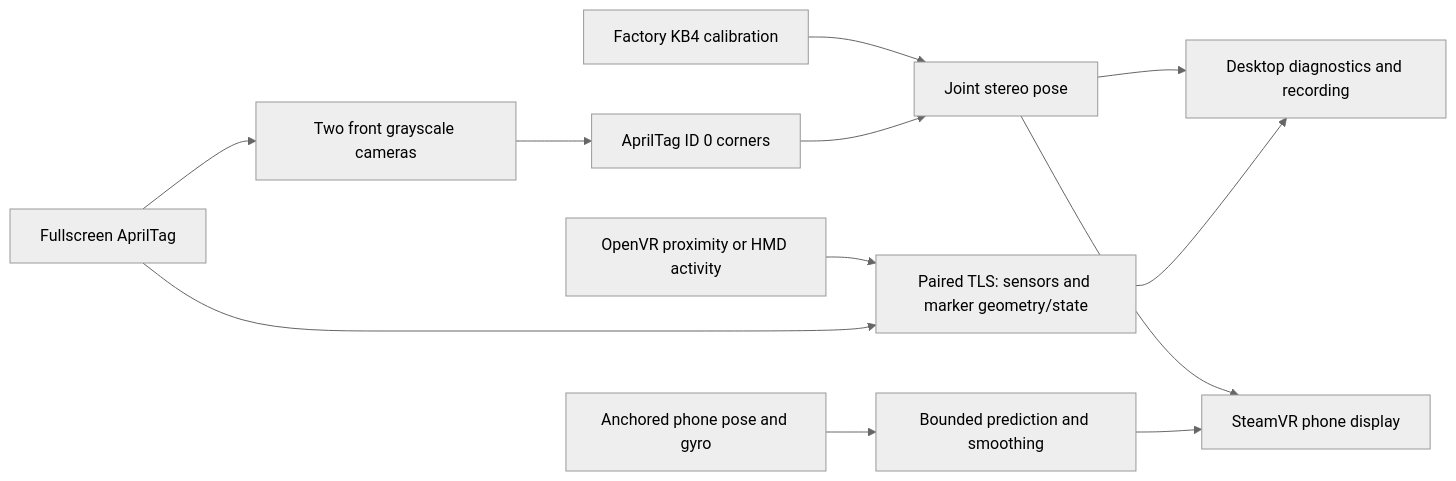
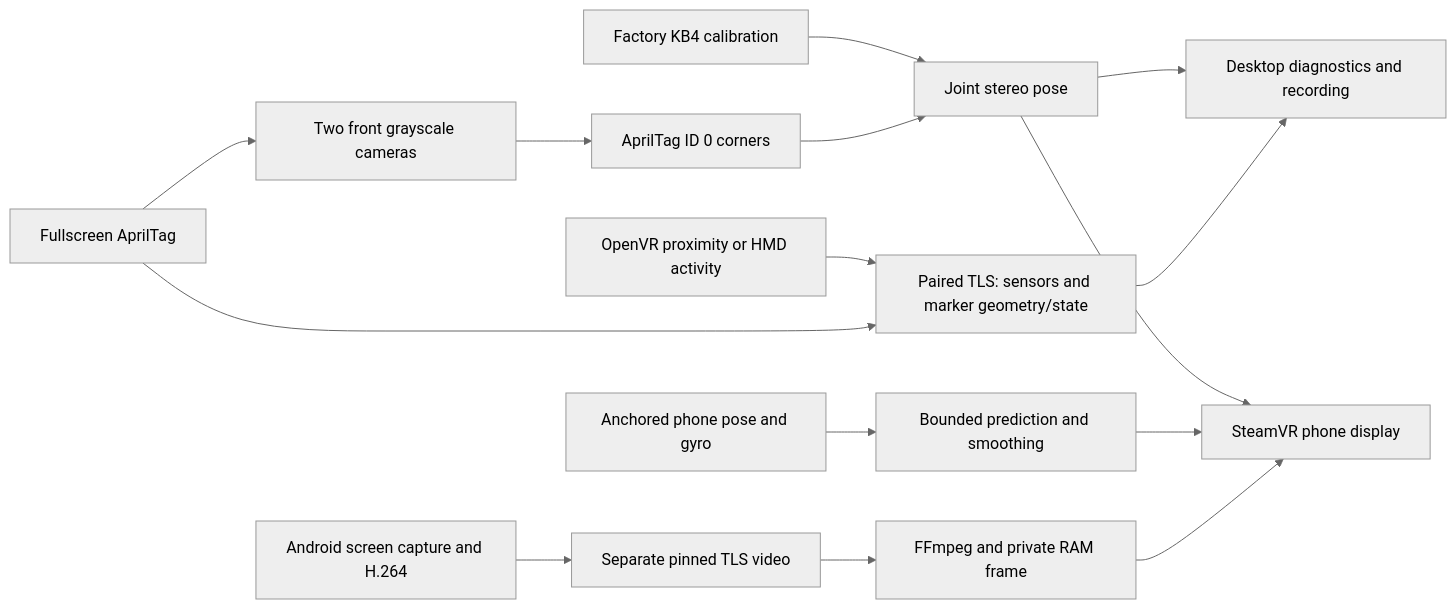
The diagram in frame/docs/ARCHITECTURE.md (MarkEScheidker/FramePhone), drawn with Mermaid (neutral theme) before and after one commit. The commit also changed other lines of this file and 36 other files, not shown here.

````diff
--- a/frame/docs/ARCHITECTURE.md
+++ b/frame/docs/ARCHITECTURE.md
@@ -9,14 +9,17 @@
 ```mermaid
 flowchart LR
     Phone[Fullscreen AprilTag] --> Cameras[Two front grayscale cameras]
     Cameras --> Tags[AprilTag ID 0 corners]
     Calibration[Factory KB4 calibration] --> Pose[Joint stereo pose]
     Tags --> Pose
     Pose --> UI[Desktop diagnostics and recording]
     Pose --> VR[SteamVR phone display]
     ARCore[Anchored phone pose and gyro] --> Predict[Bounded prediction and smoothing]
     Predict --> VR
+    Capture[Android screen capture and H.264] --> Video[Separate pinned TLS video]
+    Video --> Decode[FFmpeg and private RAM frame]
+    Decode --> VR
     Wearer[OpenVR proximity or HMD activity] --> TLS
     Phone --> TLS[Paired TLS: sensors and marker geometry/state]
     TLS --> UI
 ```
````
